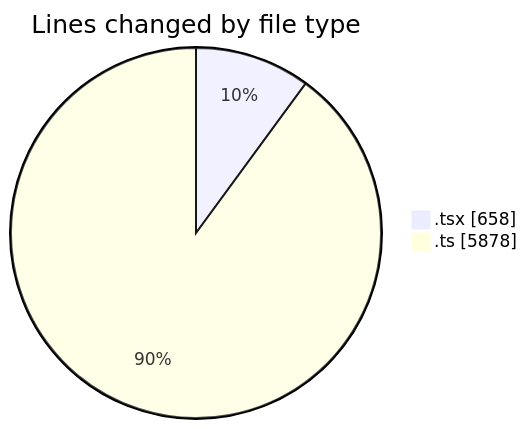
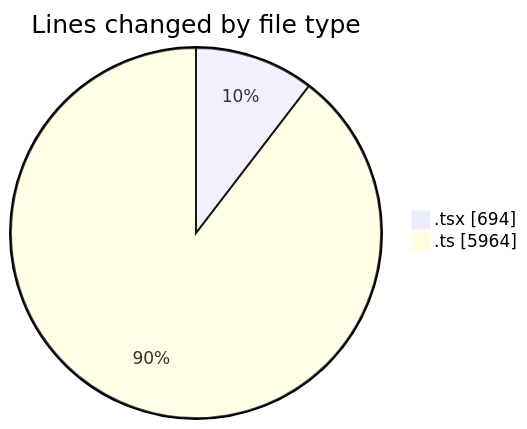
One commit to momahboobian/code-tracking changed the first of 2 diagrams in 2025-09-22/cda/README.md. Above: the diagram before and after it, drawn with Mermaid. The commit also changed other lines of this file and 1 other file, not shown here.

````diff
--- a/2025-09-22/cda/README.md
+++ b/2025-09-22/cda/README.md
@@ -26,6 +26,6 @@
 ```mermaid
 pie showData
 title Lines changed by file type
-".tsx" : 658
-".ts" : 5878
+".tsx" : 694
+".ts" : 5964
 ```
````
